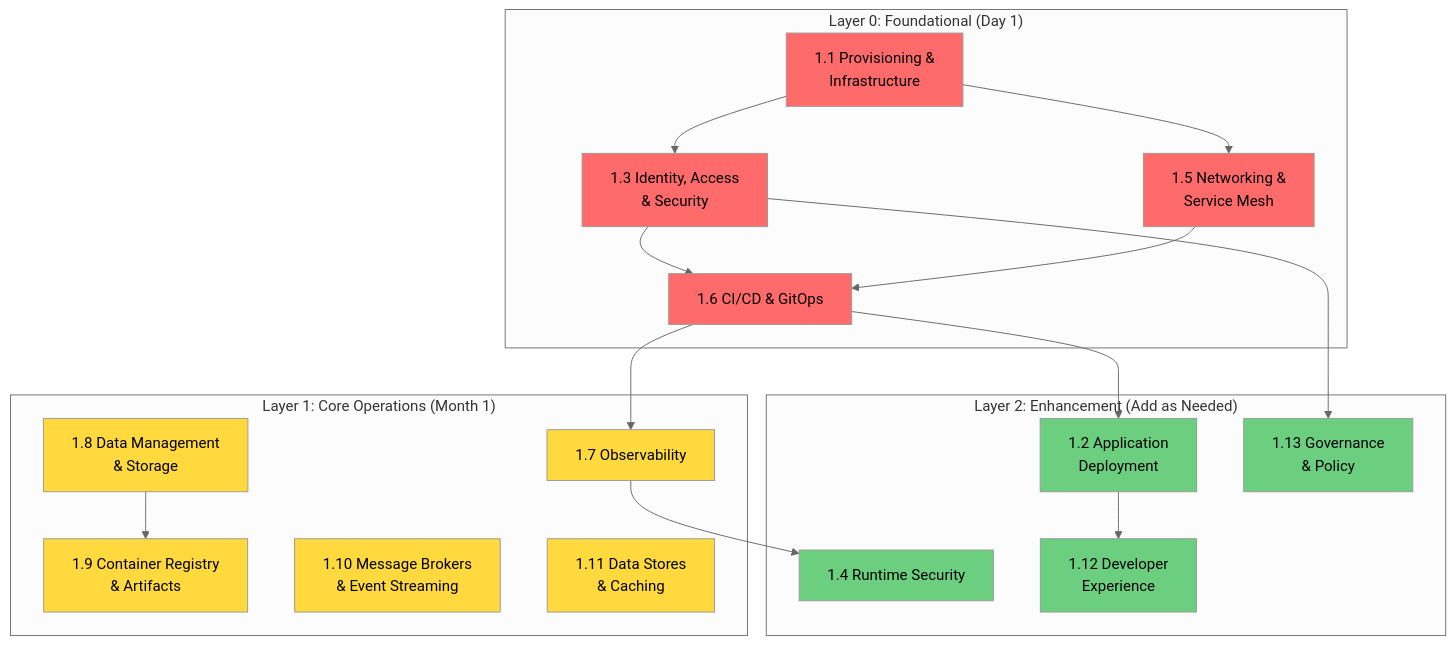
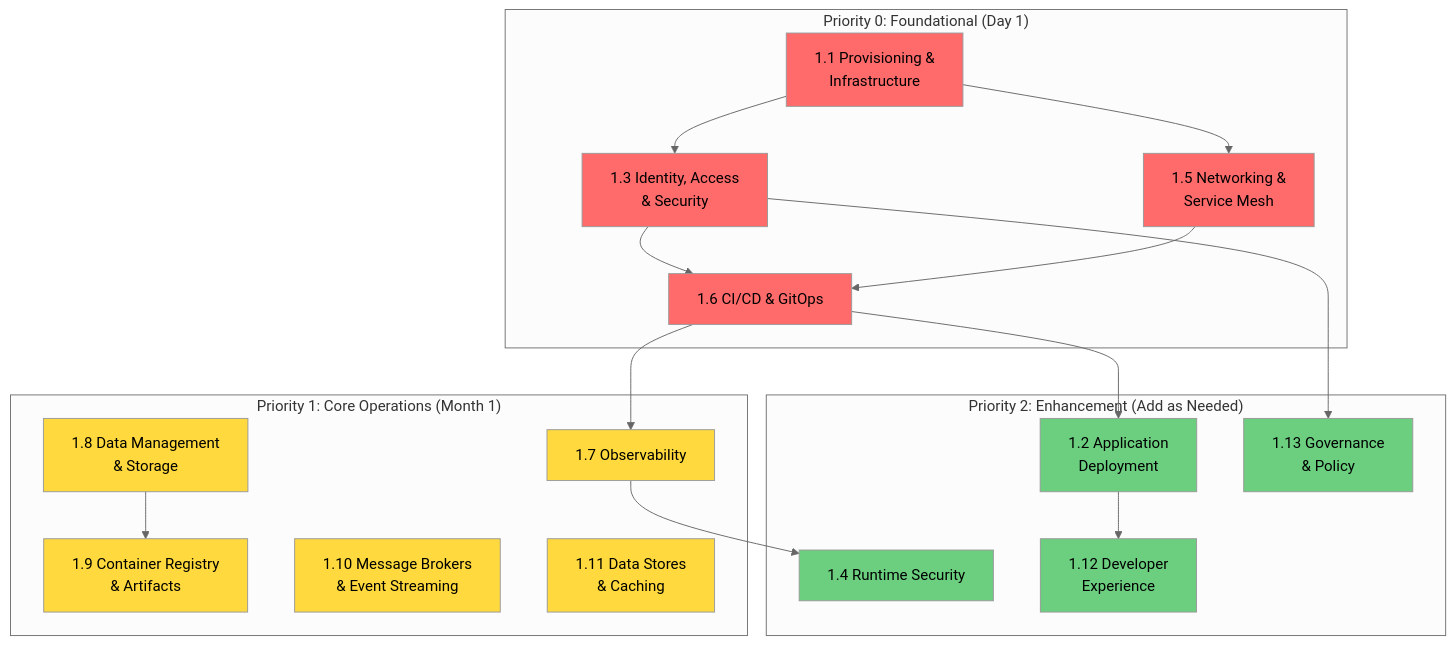
Before and after one commit to vanhoutenbos/KubeCompass: the first of 10 diagrams in docs/DIAGRAMS.md, drawn with Mermaid (neutral theme). The commit also changed other lines of this file and 64 other files, not shown here.

````diff
--- a/docs/DIAGRAMS.md
+++ b/docs/DIAGRAMS.md
@@ -81,49 +81,49 @@
 ```mermaid
 graph TB
-    subgraph "Layer 0: Foundational (Day 1)"
+    subgraph "Priority 0: Foundational (Day 1)"
         D1[1.1 Provisioning &<br/>Infrastructure]
         D3[1.3 Identity, Access<br/>& Security]
         D5[1.5 Networking &<br/>Service Mesh]
         D6[1.6 CI/CD & GitOps]
     end
     
-    subgraph "Layer 1: Core Operations (Month 1)"
+    subgraph "Priority 1: Core Operations (Month 1)"
         D7[1.7 Observability]
         D8[1.8 Data Management<br/>& Storage]
         D9[1.9 Container Registry<br/>& Artifacts]
         D10[1.10 Message Brokers<br/>& Event Streaming]
         D11[1.11 Data Stores<br/>& Caching]
     end
     
-    subgraph "Layer 2: Enhancement (Add as Needed)"
+    subgraph "Priority 2: Enhancement (Add as Needed)"
         D2[1.2 Application<br/>Deployment]
         D4[1.4 Runtime Security]
         D12[1.12 Developer<br/>Experience]
         D13[1.13 Governance<br/>& Policy]
     end
     
     D1 --> D3
     D1 --> D5
     D3 --> D6
     D5 --> D6
     D6 --> D2
     D8 --> D9
     D7 --> D4
     D6 --> D7
     D3 --> D13
     D2 --> D12
     
     style D1 fill:#ff6b6b
     style D3 fill:#ff6b6b
     style D5 fill:#ff6b6b
     style D6 fill:#ff6b6b
     style D7 fill:#ffd93d
     style D8 fill:#ffd93d
     style D9 fill:#ffd93d
     style D10 fill:#ffd93d
     style D11 fill:#ffd93d
     style D2 fill:#6bcf7f
     style D4 fill:#6bcf7f
     style D12 fill:#6bcf7f
     style D13 fill:#6bcf7f
 ```
````
